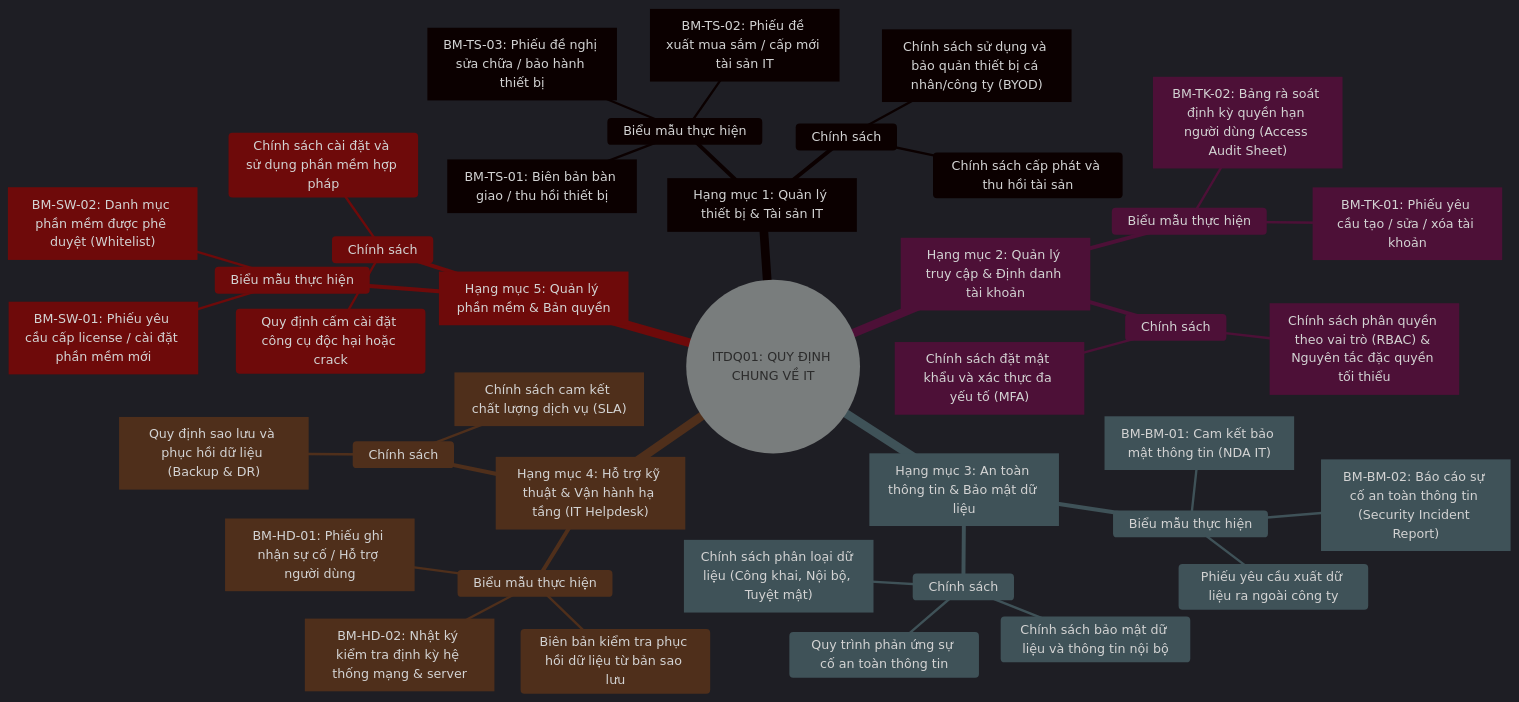
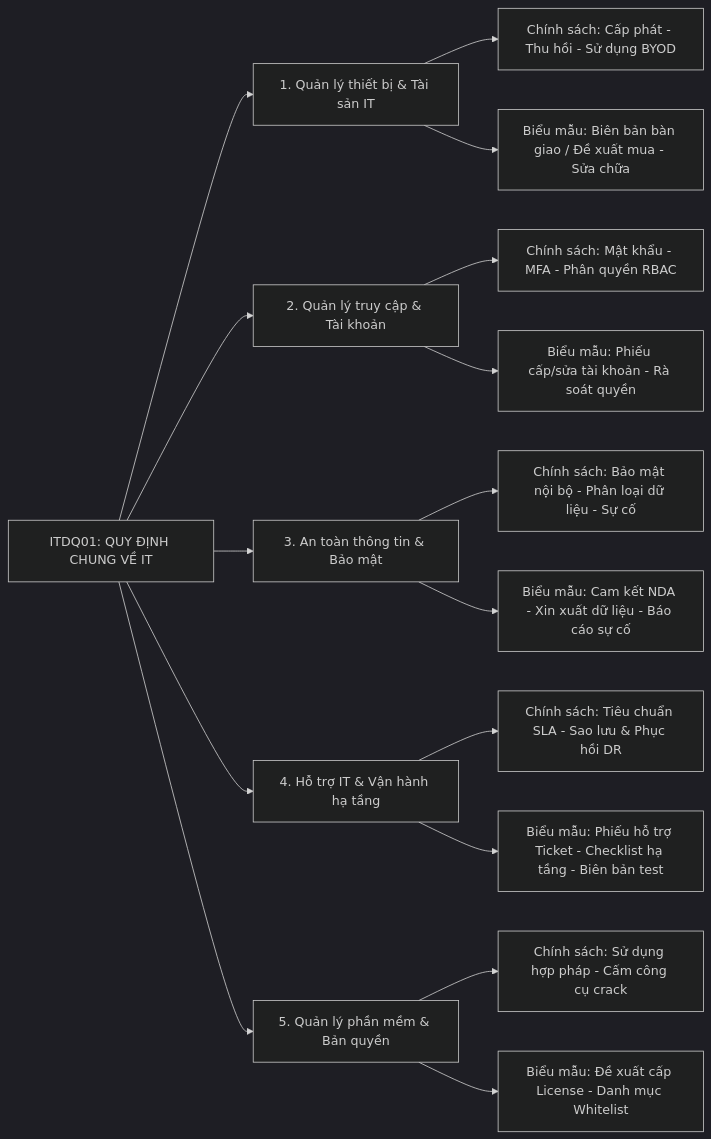
Before and after one commit to Nang0559/MermaidDiagram: the diagram in IT.md, drawn with Mermaid (dark theme).

````diff
--- a/IT.md
+++ b/IT.md
@@ -1,47 +1,29 @@
 ```mermaid
-mindmap
-  root((ITDQ01: QUY ĐỊNH CHUNG VỀ IT))
-    ["Hạng mục 1: Quản lý thiết bị & Tài sản IT"]
-      Chính sách
-        Chính sách cấp phát và thu hồi tài sản
-        ["Chính sách sử dụng và bảo quản thiết bị cá nhân/công ty (BYOD)"]
-      Biểu mẫu thực hiện
-        ["BM-TS-01: Biên bản bàn giao / thu hồi thiết bị"]
-        ["BM-TS-02: Phiếu đề xuất mua sắm / cấp mới tài sản IT"]
-        ["BM-TS-03: Phiếu đề nghị sửa chữa / bảo hành thiết bị"]
+graph LR
+    Root["ITDQ01: QUY ĐỊNH CHUNG VỀ IT"]
 
-    ["Hạng mục 2: Quản lý truy cập & Định danh tài khoản"]
-      Chính sách
-        ["Chính sách đặt mật khẩu và xác thực đa yếu tố (MFA)"]
-        ["Chính sách phân quyền theo vai trò (RBAC) & Nguyên tắc đặc quyền tối thiểu"]
-      Biểu mẫu thực hiện
-        ["BM-TK-01: Phiếu yêu cầu tạo / sửa / xóa tài khoản"]
-        ["BM-TK-02: Bảng rà soát định kỳ quyền hạn người dùng (Access Audit Sheet)"]
+    %% Nhánh 1
+    Root --> C1["1. Quản lý thiết bị & Tài sản IT"]
+    C1 --> P1["Chính sách: Cấp phát - Thu hồi - Sử dụng BYOD"]
+    C1 --> F1["Biểu mẫu: Biên bản bàn giao / Đề xuất mua - Sửa chữa"]
 
-    ["Hạng mục 3: An toàn thông tin & Bảo mật dữ liệu"]
-      Chính sách
-        Chính sách bảo mật dữ liệu và thông tin nội bộ
-        ["Chính sách phân loại dữ liệu (Công khai, Nội bộ, Tuyệt mật)"]
-        Quy trình phản ứng sự cố an toàn thông tin
-      Biểu mẫu thực hiện
-        ["BM-BM-01: Cam kết bảo mật thông tin (NDA IT)"]
-        ["BM-BM-02: Báo cáo sự cố an toàn thông tin (Security Incident Report)"]
-        Phiếu yêu cầu xuất dữ liệu ra ngoài công ty
+    %% Nhánh 2
+    Root --> C2["2. Quản lý truy cập & Tài khoản"]
+    C2 --> P2["Chính sách: Mật khẩu - MFA - Phân quyền RBAC"]
+    C2 --> F2["Biểu mẫu: Phiếu cấp/sửa tài khoản - Rà soát quyền"]
 
-    ["Hạng mục 4: Hỗ trợ kỹ thuật & Vận hành hạ tầng (IT Helpdesk)"]
-      Chính sách
-        ["Chính sách cam kết chất lượng dịch vụ (SLA)"]
-        ["Quy định sao lưu và phục hồi dữ liệu (Backup & DR)"]
-      Biểu mẫu thực hiện
-        ["BM-HD-01: Phiếu ghi nhận sự cố / Hỗ trợ người dùng"]
-        ["BM-HD-02: Nhật ký kiểm tra định kỳ hệ thống mạng & server"]
-        Biên bản kiểm tra phục hồi dữ liệu từ bản sao lưu
+    %% Nhánh 3
+    Root --> C3["3. An toàn thông tin & Bảo mật"]
+    C3 --> P3["Chính sách: Bảo mật nội bộ - Phân loại dữ liệu - Sự cố"]
+    C3 --> F3["Biểu mẫu: Cam kết NDA - Xin xuất dữ liệu - Báo cáo sự cố"]
 
-    ["Hạng mục 5: Quản lý phần mềm & Bản quyền"]
-      Chính sách
-        Chính sách cài đặt và sử dụng phần mềm hợp pháp
-        Quy định cấm cài đặt công cụ độc hại hoặc crack
-      Biểu mẫu thực hiện
-        ["BM-SW-01: Phiếu yêu cầu cấp license / cài đặt phần mềm mới"]
-        ["BM-SW-02: Danh mục phần mềm được phê duyệt (Whitelist)"]
+    %% Nhánh 4
+    Root --> C4["4. Hỗ trợ IT & Vận hành hạ tầng"]
+    C4 --> P4["Chính sách: Tiêu chuẩn SLA - Sao lưu & Phục hồi DR"]
+    C4 --> F4["Biểu mẫu: Phiếu hỗ trợ Ticket - Checklist hạ tầng - Biên bản test"]
+
+    %% Nhánh 5
+    Root --> C5["5. Quản lý phần mềm & Bản quyền"]
+    C5 --> P5["Chính sách: Sử dụng hợp pháp - Cấm công cụ crack"]
+    C5 --> F5["Biểu mẫu: Đề xuất cấp License - Danh mục Whitelist"]
 ```
````
